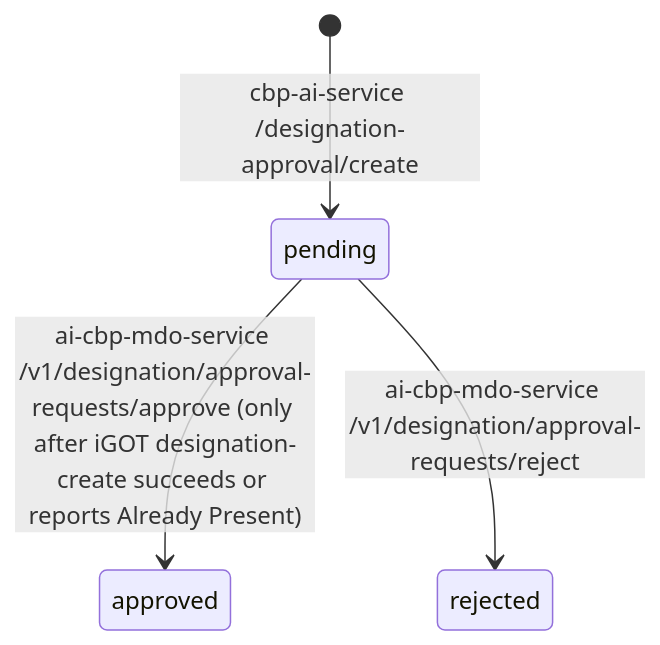
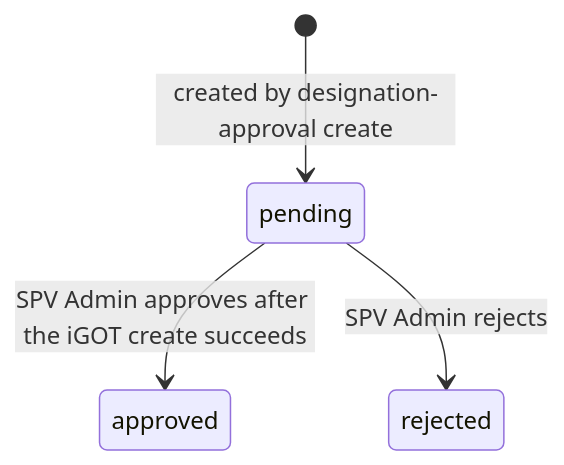
One commit to KB-iGOT/igot-docs changed diagram 12 of 12 in docs/learning-hub/ai-cbp-tool/lld.md. Above: the diagram before and after it, drawn with Mermaid. The commit also changed other lines of this file and 18 other files, not shown here.

First line of the commit message:
docs(ai-cbp-tool): restructure the LLD with validation flows and real routes

````diff
--- a/docs/learning-hub/ai-cbp-tool/lld.md
+++ b/docs/learning-hub/ai-cbp-tool/lld.md
@@ -323,6 +671,6 @@
 ```mermaid
 stateDiagram-v2
-    [*] --> pending: cbp-ai-service /designation-approval/create
-    pending --> approved: ai-cbp-mdo-service /v1/designation/approval-requests/approve (only after iGOT designation-create succeeds or reports Already Present)
-    pending --> rejected: ai-cbp-mdo-service /v1/designation/approval-requests/reject
+    [*] --> pending: created by designation-approval create
+    pending --> approved: SPV Admin approves after the iGOT create succeeds
+    pending --> rejected: SPV Admin rejects
 ```
````
